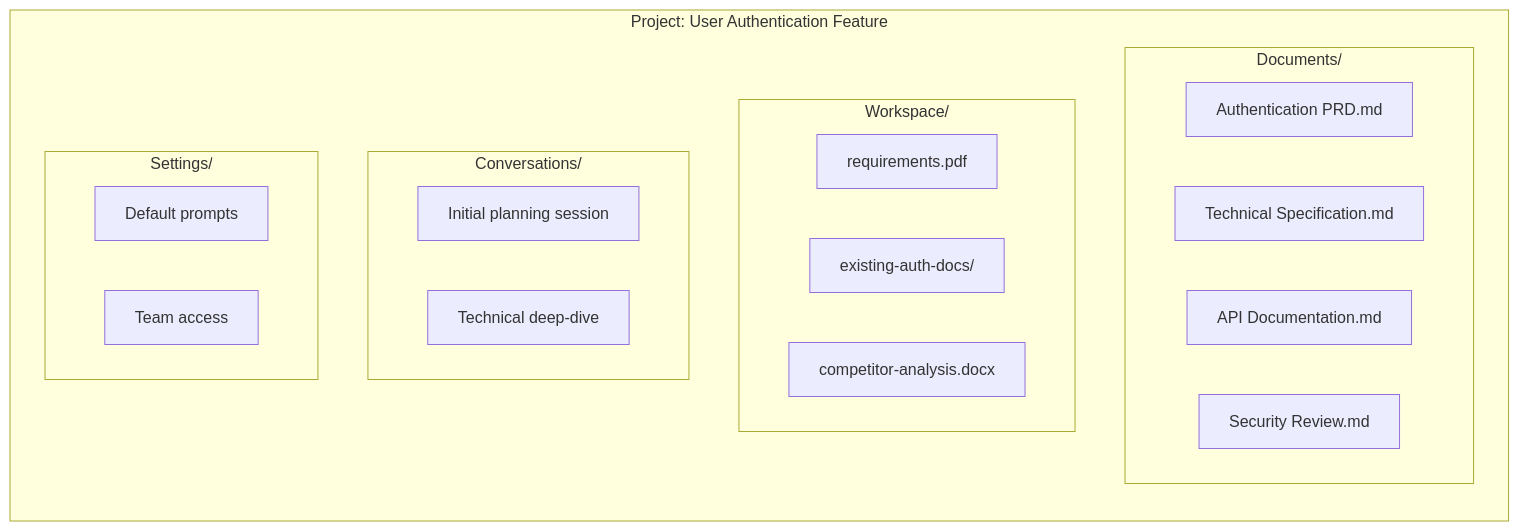
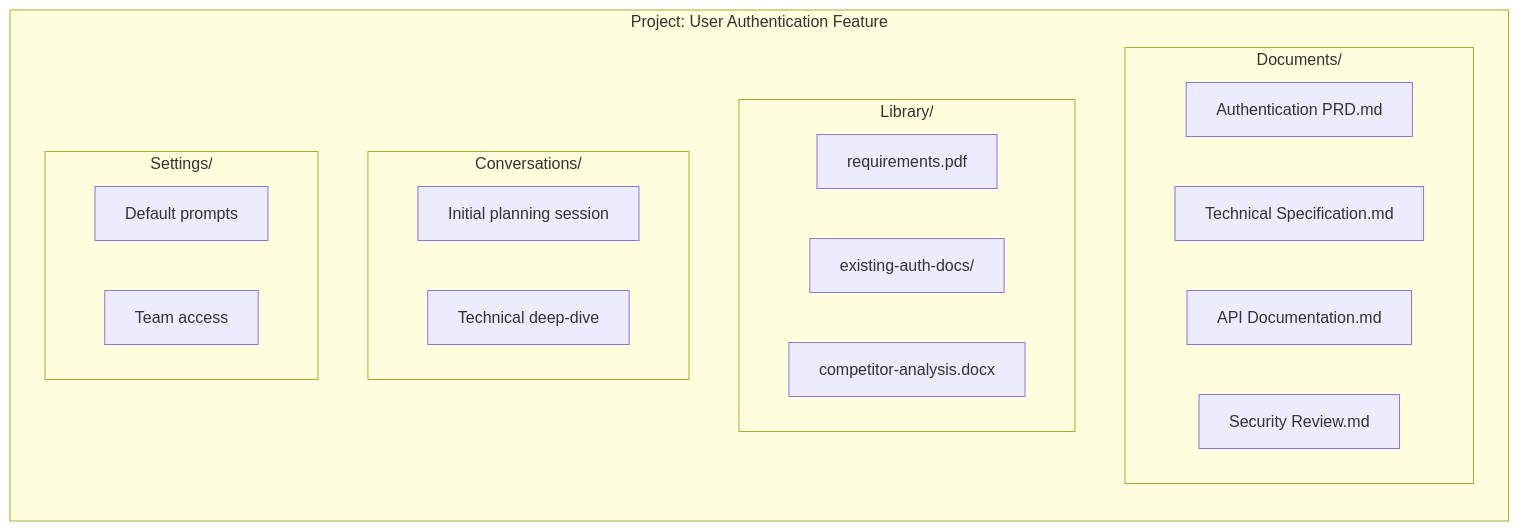
Before and after one commit to Fabric-Pro/fabric-oss: the diagram in apps/web/content/docs/features/projects.mdx, drawn with Mermaid. The commit also changed other lines of this file and 1129 other files, not shown here.

````diff
--- a/apps/web/content/docs/features/projects.mdx
+++ b/apps/web/content/docs/features/projects.mdx
@@ -58,29 +59,29 @@
 ```mermaid
 flowchart TB
     subgraph PROJECT["Project: User Authentication Feature"]
         direction TB
 
         subgraph DOCS["Documents/"]
             D1["Authentication PRD.md"]
             D2["Technical Specification.md"]
             D3["API Documentation.md"]
             D4["Security Review.md"]
         end
 
-        subgraph WS["Workspace/"]
+        subgraph WS["Library/"]
             W1["requirements.pdf"]
             W2["existing-auth-docs/"]
             W3["competitor-analysis.docx"]
         end
 
         subgraph CONV["Conversations/"]
             C1["Initial planning session"]
             C2["Technical deep-dive"]
         end
 
         subgraph SETTINGS["Settings/"]
             S1["Default prompts"]
             S2["Team access"]
         end
     end
 ```
````
